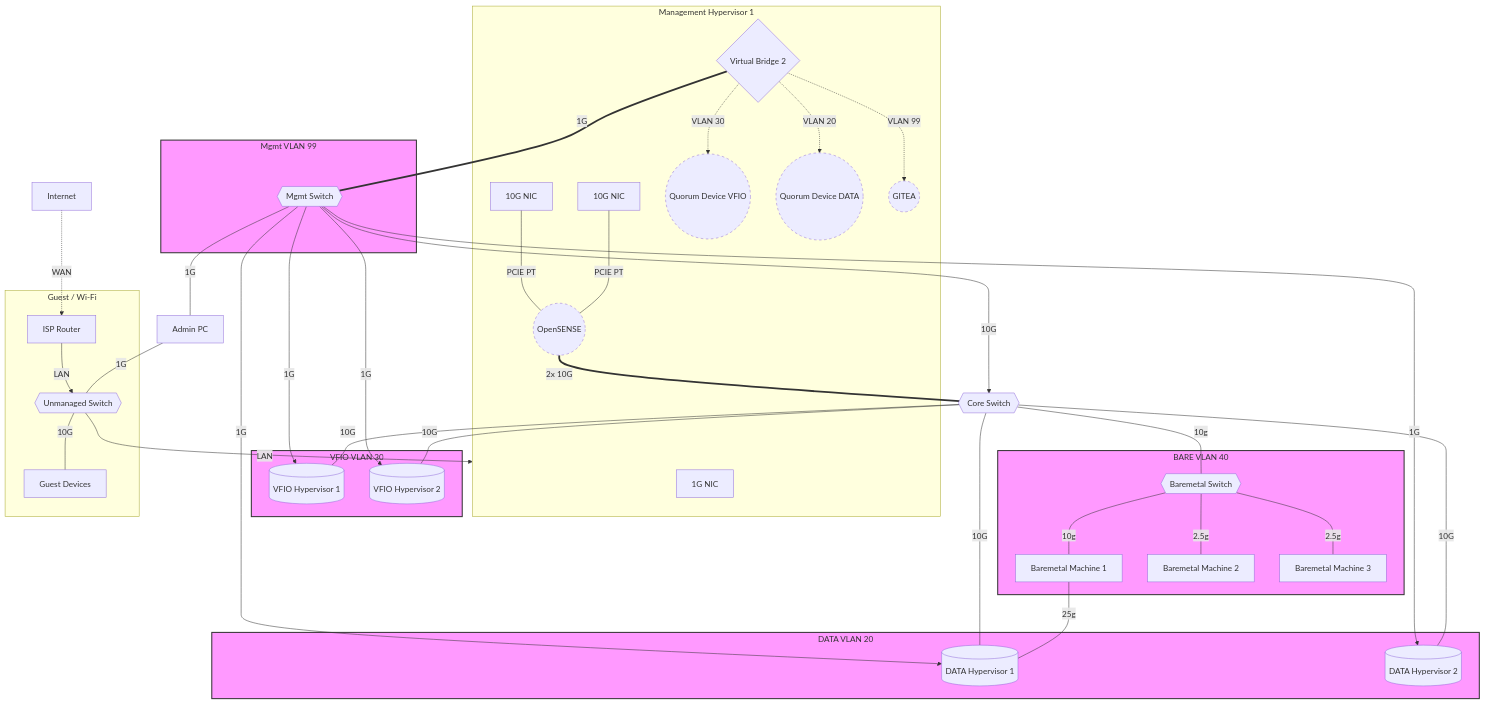
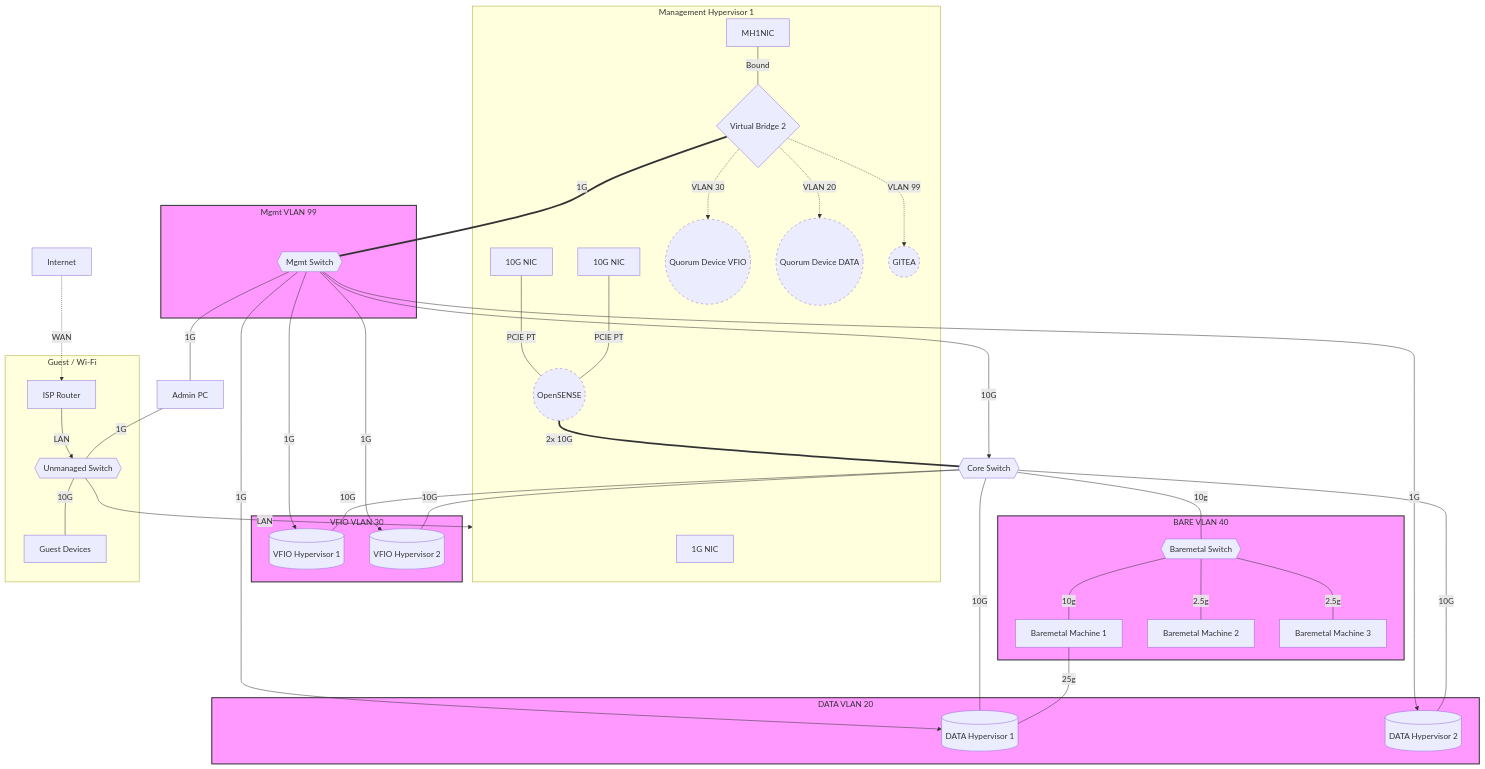
One commit to woeiru/lab changed the diagram in alp/netop.md. Above: the diagram before and after it, drawn with Mermaid.

Commit message:
alp/netop.md: bind MH1NIC to VB2

````diff
--- a/alp/netop.md
+++ b/alp/netop.md
@@ -3,75 +3,76 @@
 ```mermaid
 graph TD
     subgraph MH1[Management Hypervisor 1]
         MH1NIC1[1G NIC]
         MH1NIC2[10G NIC]
         MH1NIC3[10G NIC]
         MH1NIC2 ---|"PCIE PT"| OPN
         MH1NIC3 ---|"PCIE PT"| OPN
         VB2{Virtual Bridge 2}
+        MH1NIC ---|"Bound"| VB2
         OPN((OpenSENSE))
         QDV((Quorum Device VFIO))
         QDD((Quorum Device DATA))
         GIT((GITEA))
     end
 
     INT[Internet] -.-> |WAN| ISPR[ISP Router]
     ISPR --> |LAN| US{{Unmanaged Switch}}
     US --> |LAN| MH1
     US ---|"10G"| GD[Guest Devices]
 
     MS{{Mgmt Switch}} ---|"1G"| APC[Admin PC]
     APC ---|"1G"| US
 
     VB2 ===|"1G"| MS
     OPN ===|"2x 10G"| CS{{Core Switch}}
 
     MS --->|"10G"| CS
     MS --->|"1G"| DH1
     MS --->|"1G"| DH2
     MS --->|"1G"| VH1
     MS --->|"1G"| VH2
 
     CS ---|"10G"| DH1[(DATA Hypervisor 1)]
     CS ---|"10G"| DH2[(DATA Hypervisor 2)]
     CS ---|"10G"| VH1[(VFIO Hypervisor 1)]
     CS ---|"10G"| VH2[(VFIO Hypervisor 2)]
 
     CS ---|"10g"| BMS{{Baremetal Switch}}
     BMS ---|"10g"| BM1[Baremetal Machine 1]
     BM1 ---|"25g"| DH1
     BMS ---|"2.5g"| BM2[Baremetal Machine 2]
     BMS ---|"2.5g"| BM3[Baremetal Machine 3]
 
     subgraph VLAN20 [DATA VLAN 20]
         DH1
         DH2
     end
     subgraph VLAN30 [VFIO VLAN 30]
         VH1
         VH2
     end
     subgraph VLAN40 [BARE VLAN 40]
         BMS
         BM1 
         BM2 
         BM3 
     end
     subgraph VLAN99 [Mgmt VLAN 99]
         MS
     end
     subgraph Guest [Guest / Wi-Fi]
         ISPR
         GD
         US
     end
 
     VB2 -.->|VLAN 20| QDD
     VB2 -.->|VLAN 30| QDV
     VB2 -.->|VLAN 99| GIT
 
     classDef punctuated stroke-dasharray: 5 5;
     class GIT,QDV,QDD,OPN punctuated;
     classDef vlan fill:#f9f,stroke:#333,stroke-width:2px;
     class VLAN20,VLAN30,VLAN40,VLAN99 vlan;
 ```
````
